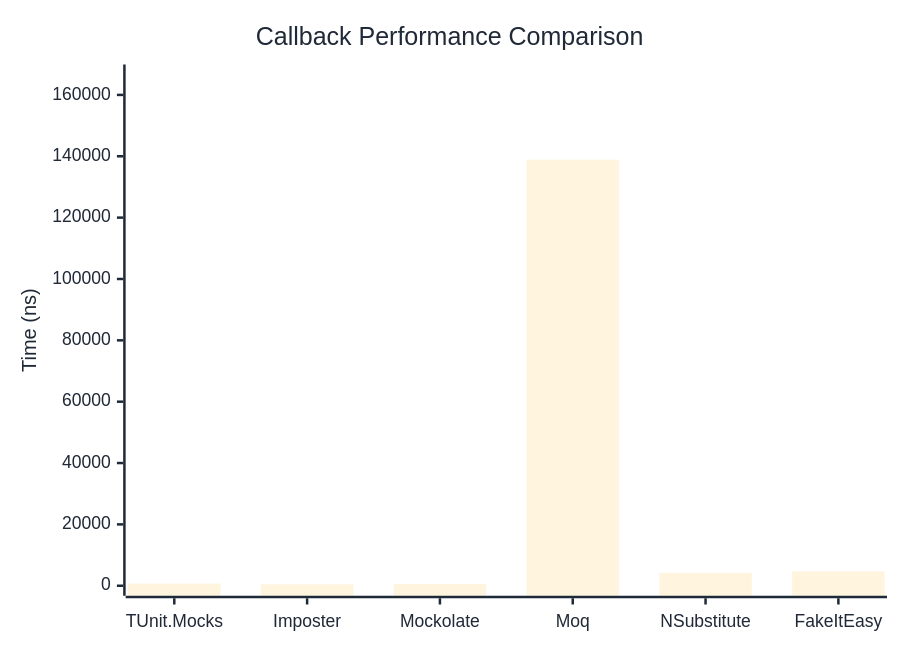
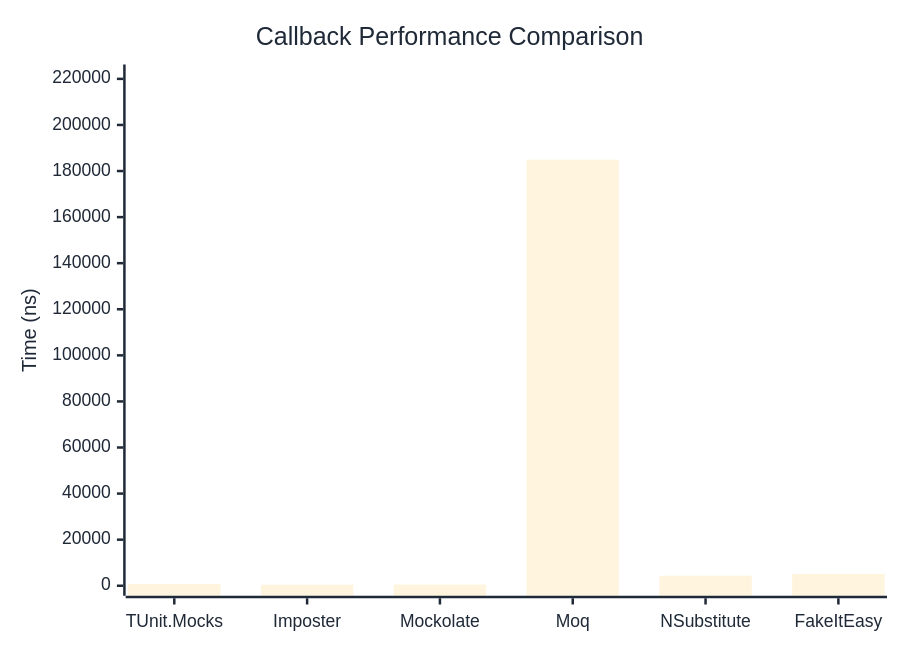
One commit to thomhurst/TUnit changed the first of 2 diagrams in docs/docs/benchmarks/mocks/Callback.md. Above: the diagram before and after it, drawn with Mermaid. The commit also changed other lines of this file and 14 other files, not shown here.

````diff
--- a/docs/docs/benchmarks/mocks/Callback.md
+++ b/docs/docs/benchmarks/mocks/Callback.md
@@ -28,27 +28,27 @@
 ```mermaid
 %%{init: {
   'theme':'base',
   'themeVariables': {
     'primaryColor': '#2563eb',
     'primaryTextColor': '#1f2937',
     'primaryBorderColor': '#1e40af',
     'lineColor': '#6b7280',
     'secondaryColor': '#7c3aed',
     'tertiaryColor': '#dc2626',
     'background': '#ffffff',
     'pie1': '#2563eb',
     'pie2': '#7c3aed',
     'pie3': '#dc2626',
     'pie4': '#f59e0b',
     'pie5': '#10b981',
     'pie6': '#06b6d4',
     'pie7': '#ec4899',
     'pie8': '#6366f1'
   }
 }}%%
 xychart-beta
   title "Callback Performance Comparison"
   x-axis ["TUnit.Mocks", "Imposter", "Mockolate", "Moq", "NSubstitute", "FakeItEasy"]
-  y-axis "Time (ns)" 0 --> 166656
-  bar [682.4, 468.4, 519, 138879.3, 4185.1, 4675.3]
+  y-axis "Time (ns)" 0 --> 221897
+  bar [691.1, 451, 501.2, 184914.1, 4362, 5121.1]
 ```
````
